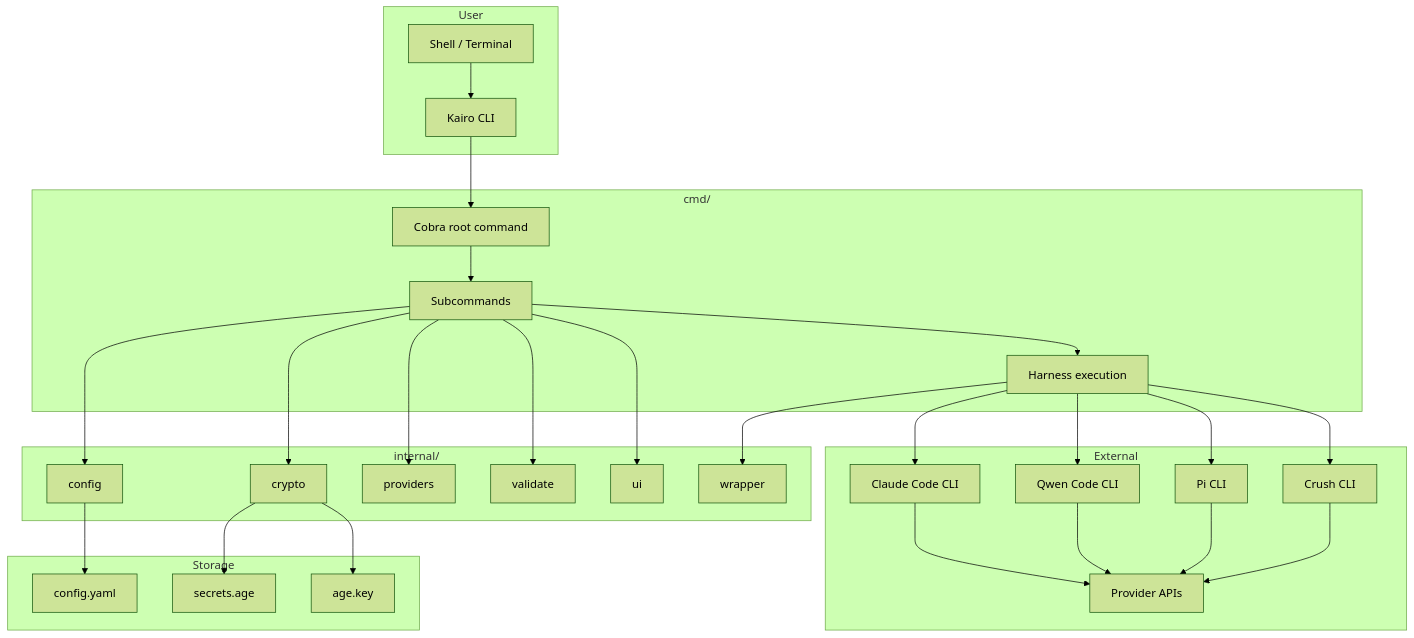
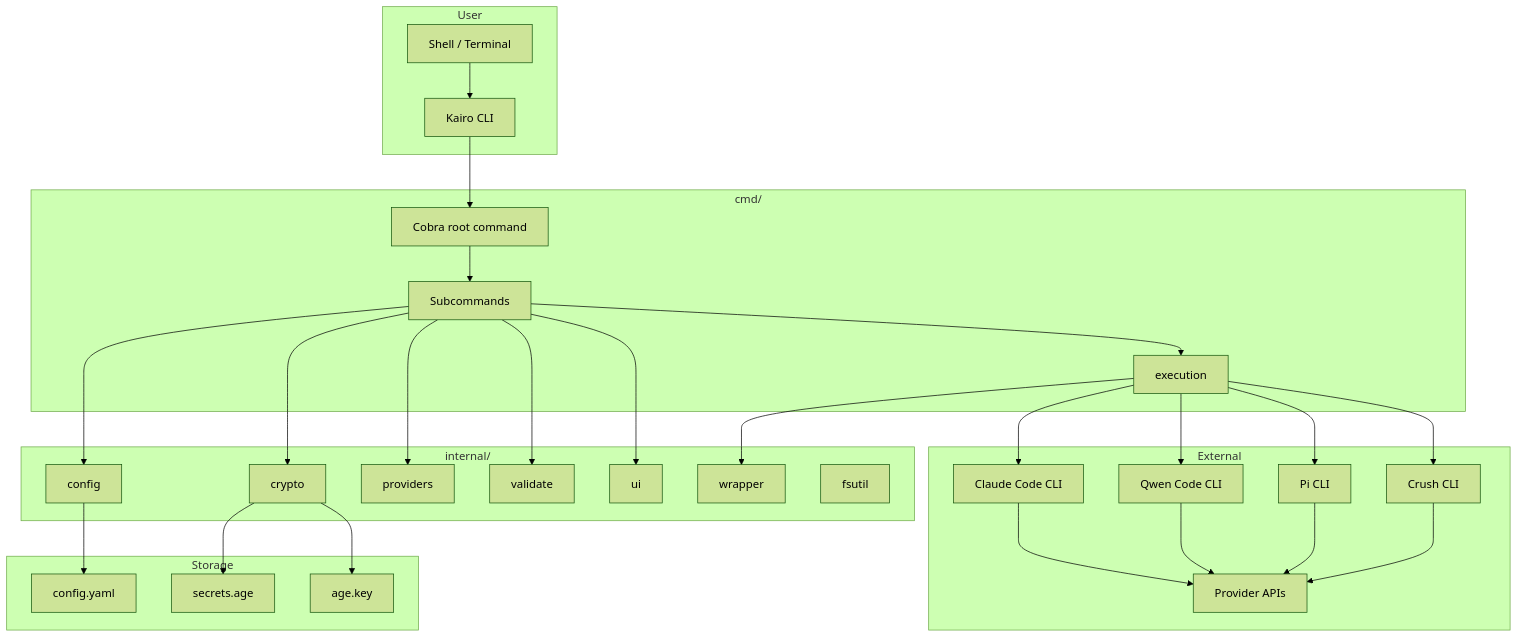
Before and after one commit to dkmnx/kairo: the first of 3 diagrams in docs/architecture/README.md, drawn with Mermaid (forest theme). The commit also changed other lines of this file and 7 other files, not shown here.

````diff
--- a/docs/architecture/README.md
+++ b/docs/architecture/README.md
@@ -19,58 +19,60 @@
 ```mermaid
 flowchart TB
     subgraph User
         CLI[Kairo CLI]
         Shell[Shell / Terminal]
     end
 
     subgraph CommandLayer[cmd/]
         Cobra[Cobra root command]
         Commands[Subcommands]
         Execution[Harness execution]
     end
 
     subgraph Core[internal/]
         Config[config]
         Crypto[crypto]
         Providers[providers]
         Validate[validate]
         UI[ui]
         Wrapper[wrapper]
+        Fsutil[fsutil]
+        Execution[execution]
     end
 
     subgraph Storage
         ConfigFile[config.yaml]
         SecretsFile[secrets.age]
         KeyFile[age.key]
     end
 
     subgraph External
         Claude[Claude Code CLI]
         Qwen[Qwen Code CLI]
         Pi[Pi CLI]
         CrushCLI[Crush CLI]
         APIs[Provider APIs]
     end
 
     Shell --> CLI
     CLI --> Cobra
     Cobra --> Commands
     Commands --> Execution
     Commands --> Config
     Commands --> Crypto
     Commands --> Providers
     Commands --> Validate
     Commands --> UI
     Execution --> Wrapper
     Config --> ConfigFile
     Crypto --> SecretsFile
     Crypto --> KeyFile
     Execution --> Claude
     Execution --> Qwen
     Execution --> Pi
     Execution --> CrushCLI
     Claude --> APIs
     Qwen --> APIs
     Pi --> APIs
     CrushCLI --> APIs
 ```
````
